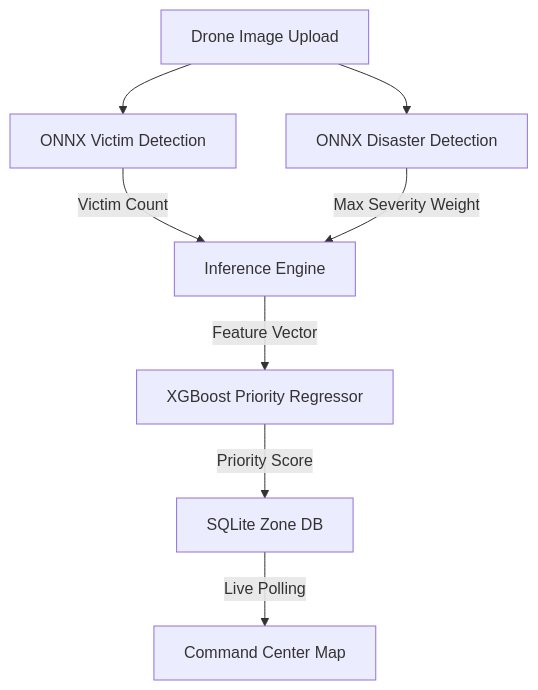
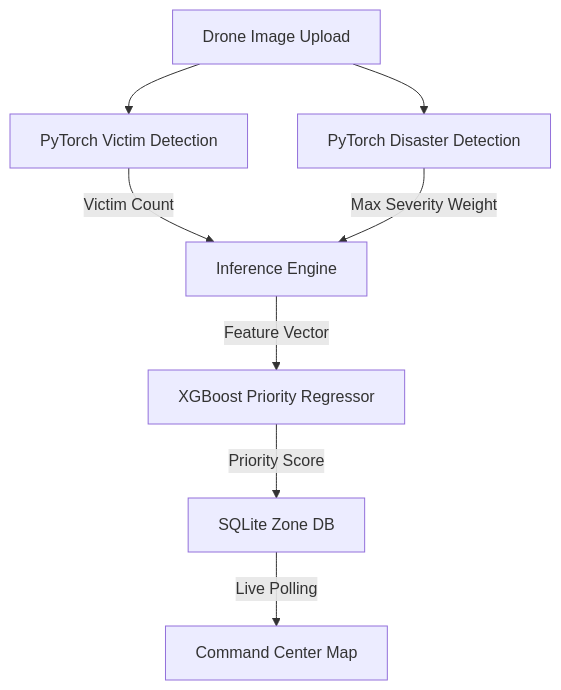
The diagram in README.md (hharsh24/disaster-saviour), drawn with Mermaid before and after one commit. The commit also changed other lines of this file and 3 other files, not shown here.

Commit message:
Switch ML backend from ONNX to Ultralytics PyTorch per user request

````diff
--- a/README.md
+++ b/README.md
@@ -110,10 +109,10 @@
 ```mermaid
 graph TD
-    A[Drone Image Upload] --> B[ONNX Victim Detection]
-    A[Drone Image Upload] --> C[ONNX Disaster Detection]
+    A[Drone Image Upload] --> B[PyTorch Victim Detection]
+    A[Drone Image Upload] --> C[PyTorch Disaster Detection]
     B -->|Victim Count| D[Inference Engine]
     C -->|Max Severity Weight| D
     D -->|Feature Vector| E[XGBoost Priority Regressor]
     E -->|Priority Score| F[SQLite Zone DB]
     F -->|Live Polling| G[Command Center Map]
 ```
````
